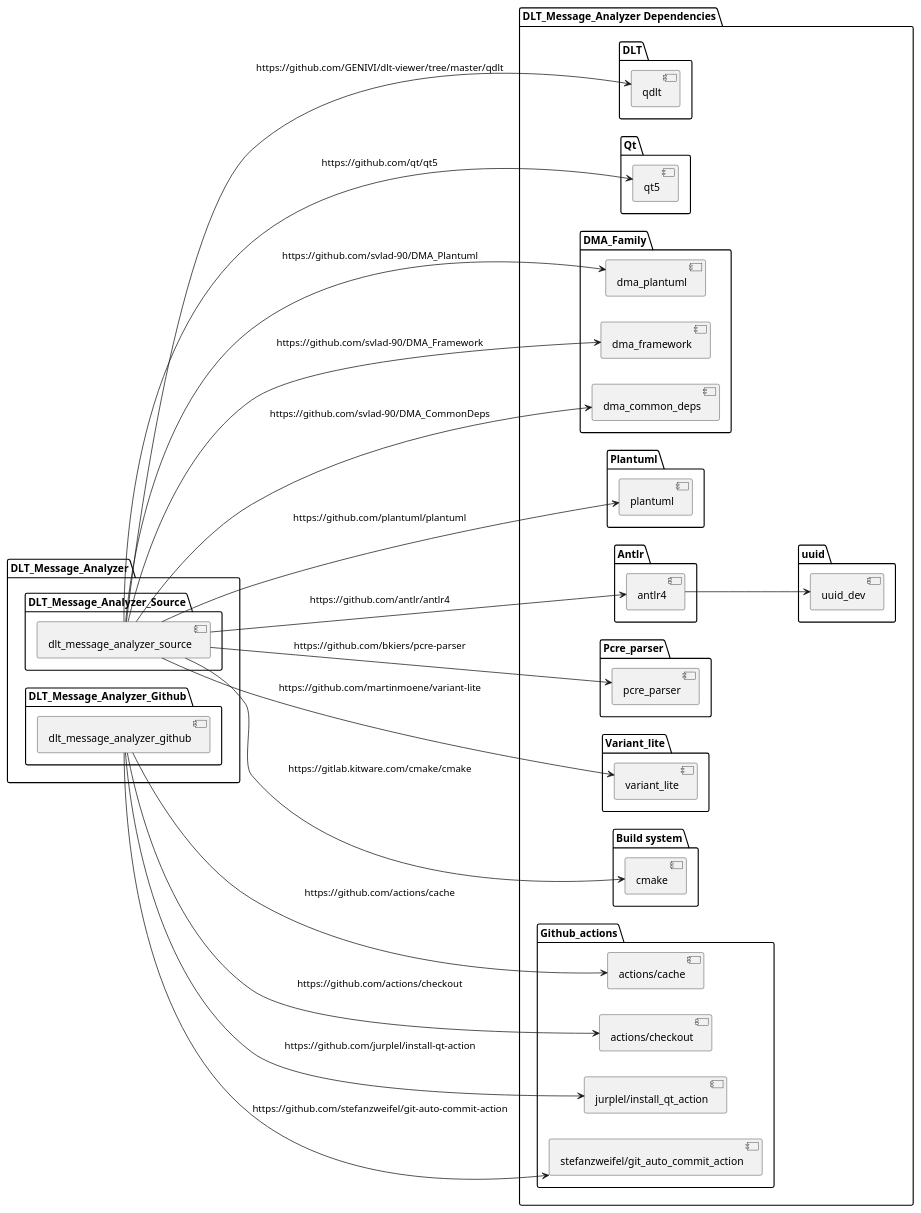
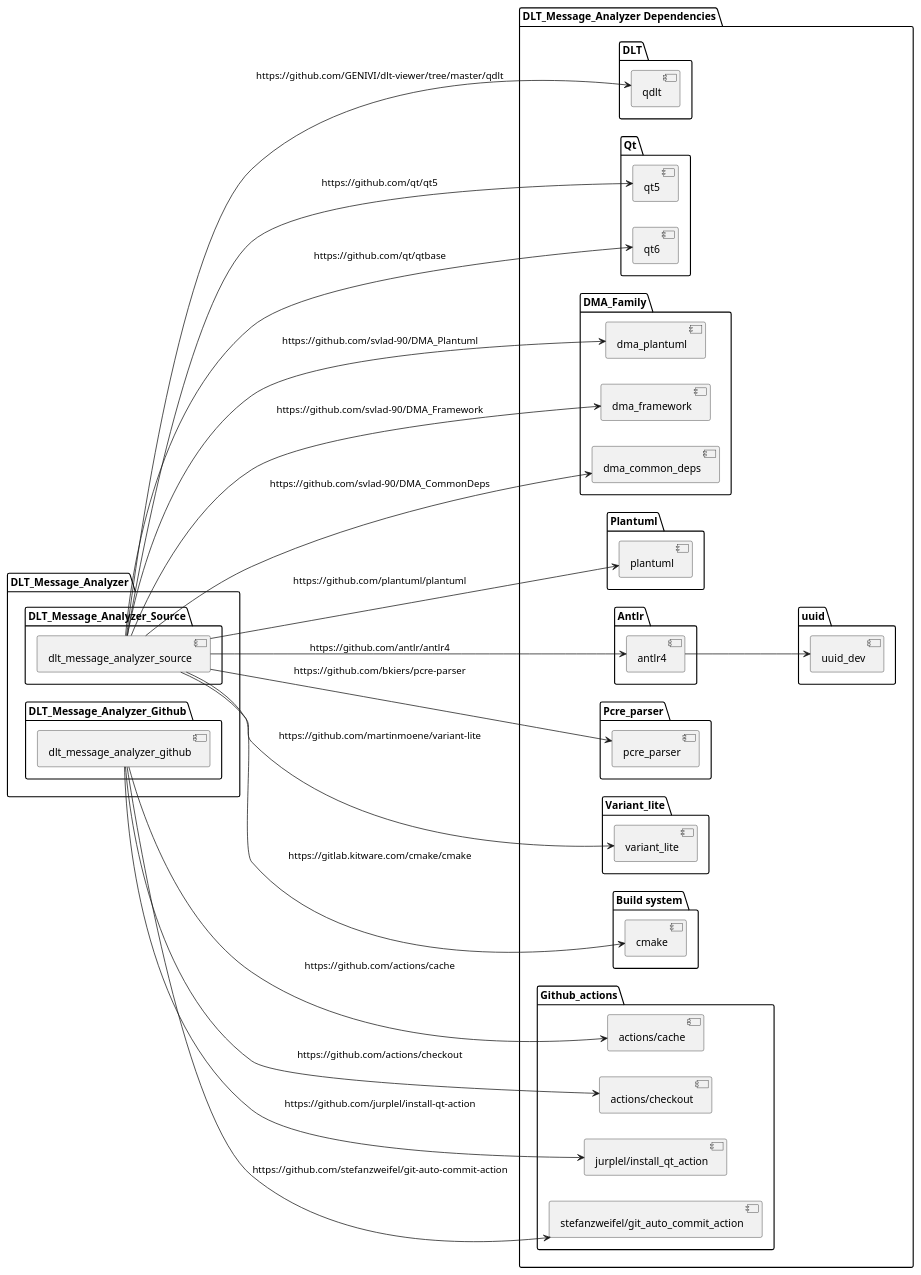
The diagram in md/thirdparty_deps/thirdparty_deps.puml (svlad-90/DLT-Message-Analyzer), drawn with PlantUML before and after one commit. The commit also changed 24 other files, not shown here.

```diff
--- a/md/thirdparty_deps/thirdparty_deps.puml
+++ b/md/thirdparty_deps/thirdparty_deps.puml
@@ -1,81 +1,83 @@
 @startuml
 
 left to right direction
 
 package "DLT_Message_Analyzer" {
     package "DLT_Message_Analyzer_Source" {
         [dlt_message_analyzer_source]
     }
     
     package "DLT_Message_Analyzer_Github" {
         [dlt_message_analyzer_github]
     }
 }
 
 package "DLT_Message_Analyzer Dependencies" {
     package "DLT" {
         [qdlt]
     }
 
     package "Qt" {
         [qt5]
+        [qt6]
     }
 
     package "DMA_Family" {
         [dma_plantuml]
         [dma_framework]
         [dma_common_deps]
     }
 
     package "Plantuml" {
         [plantuml]
     }
 
     package "Antlr" {
         [antlr4]
     }
     
     package "uuid" {
         [uuid_dev]
     }
 
     package "Pcre_parser" {
         [pcre_parser]
     }
 
     package "Variant_lite" {
         [variant_lite]
     }
 
     package "Github_actions"{
         [actions/cache]
         [actions/checkout]
         [jurplel/install_qt_action]
         [stefanzweifel/git_auto_commit_action]
     }
     
     package "Build system"{
         [cmake]
     }
 }
 
 [dlt_message_analyzer_source] --> [dma_common_deps] : https://github.com/svlad-90/DMA_CommonDeps
 [dlt_message_analyzer_source] --> [dma_framework] : https://github.com/svlad-90/DMA_Framework
 [dlt_message_analyzer_source] --> [dma_plantuml] : https://github.com/svlad-90/DMA_Plantuml
 
 [dlt_message_analyzer_source] --> [qt5] : https://github.com/qt/qt5
+[dlt_message_analyzer_source] --> [qt6] : https://github.com/qt/qtbase
 [dlt_message_analyzer_source] --> [qdlt] : https://github.com/GENIVI/dlt-viewer/tree/master/qdlt
 [dlt_message_analyzer_source] --> [plantuml] : https://github.com/plantuml/plantuml
 [dlt_message_analyzer_source] --> [antlr4] : https://github.com/antlr/antlr4
 [dlt_message_analyzer_source] --> [pcre_parser] : https://github.com/bkiers/pcre-parser
 [dlt_message_analyzer_source] --> [variant_lite] : https://github.com/martinmoene/variant-lite
 [dlt_message_analyzer_source] --> [cmake] : https://gitlab.kitware.com/cmake/cmake
 
 [antlr4] --> [uuid_dev]
 
 [dlt_message_analyzer_github] --> [actions/cache] : https://github.com/actions/cache
 [dlt_message_analyzer_github] --> [actions/checkout] : https://github.com/actions/checkout
 [dlt_message_analyzer_github] --> [jurplel/install_qt_action] : https://github.com/jurplel/install-qt-action
 [dlt_message_analyzer_github] --> [stefanzweifel/git_auto_commit_action] : https://github.com/stefanzweifel/git-auto-commit-action
 
 @enduml
```
